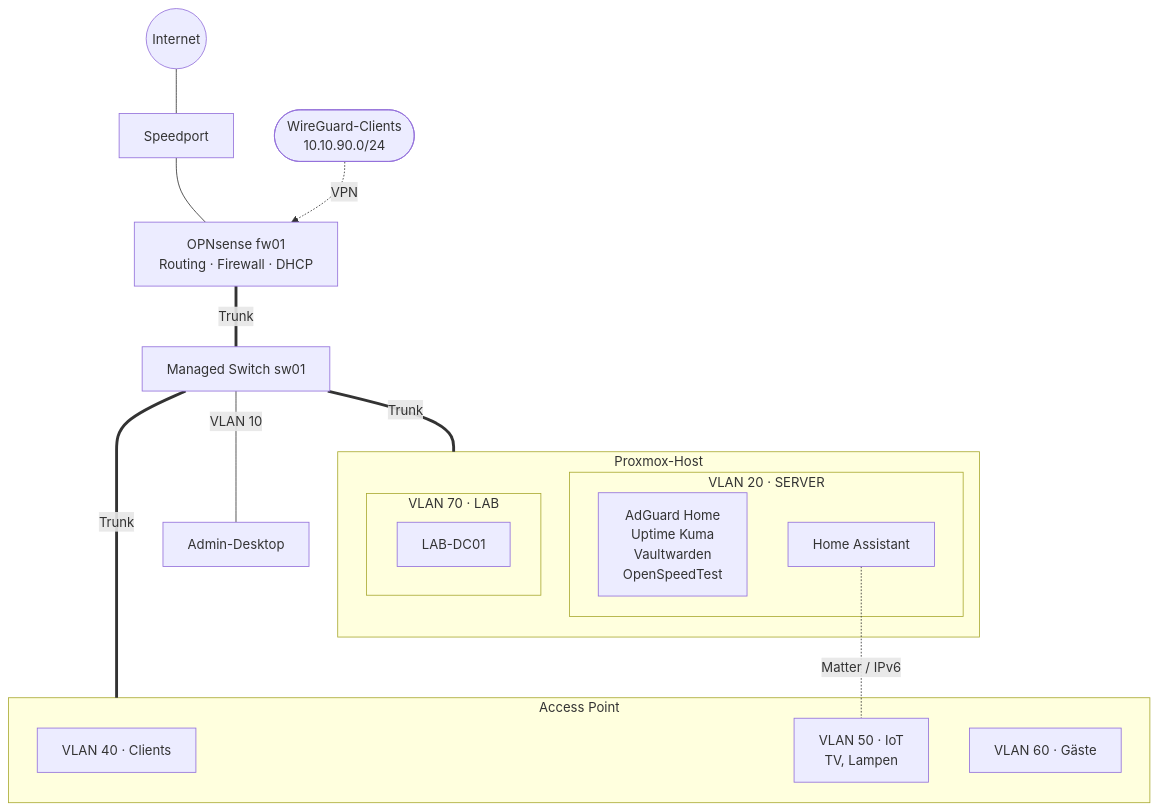
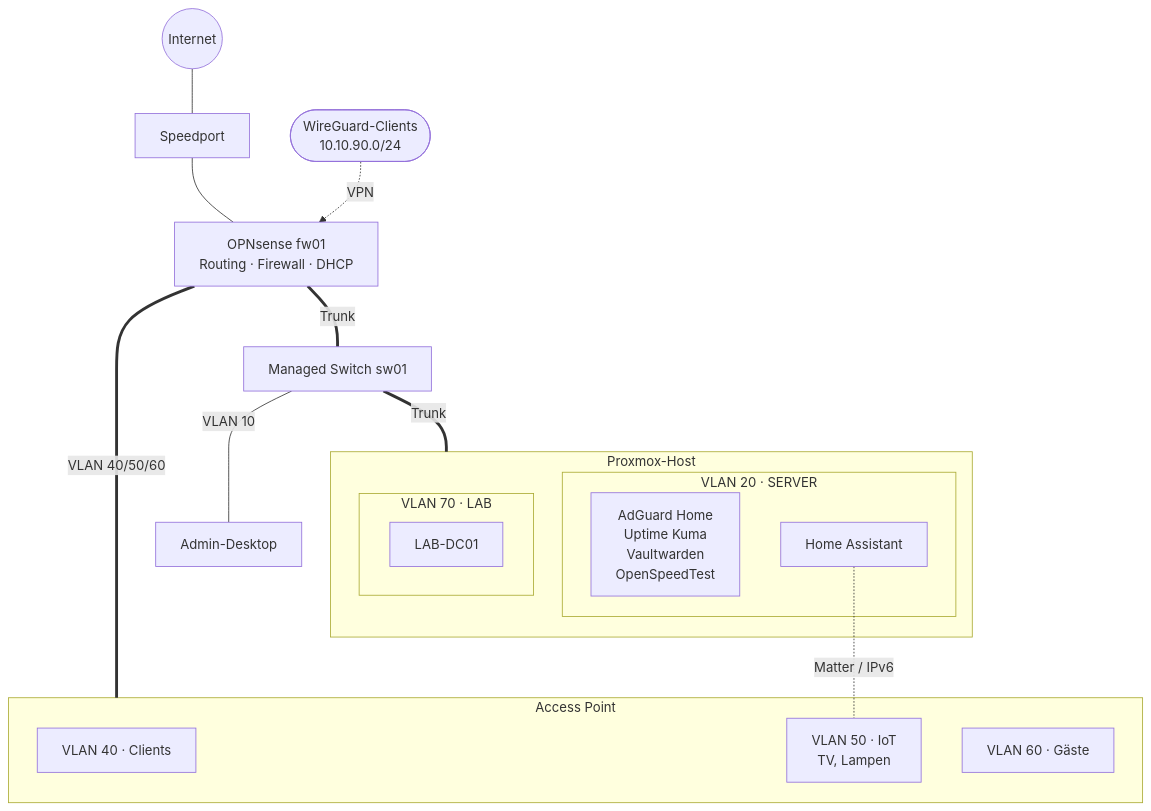
Before and after one commit to McTomate/homelab: the diagram in docs/index.md, drawn with Mermaid. The commit also changed 2 other files, not shown here.

Commit message:
Access Point direkt an OPNsense, Firewall mit 4 Ports

````diff
--- a/docs/index.md
+++ b/docs/index.md
@@ -17,28 +17,28 @@
 ```mermaid
 flowchart TB
     internet((Internet)) --- speedport[Speedport]
     speedport --- fw[OPNsense fw01<br>Routing · Firewall · DHCP]
     vpn([WireGuard-Clients<br>10.10.90.0/24]) -. VPN .-> fw
     fw ===|Trunk| sw[Managed Switch sw01]
     sw ---|VLAN 10| desk[Admin-Desktop]
+    fw ===|VLAN 40/50/60| ap
     sw ===|Trunk| pve
-    sw ===|Trunk| ap
 
     subgraph pve[Proxmox-Host]
         subgraph v20[VLAN 20 · SERVER]
             svc[AdGuard Home<br>Uptime Kuma<br>Vaultwarden<br>OpenSpeedTest]
             ha[Home Assistant]
         end
         subgraph v70[VLAN 70 · LAB]
             dc[LAB-DC01]
         end
     end
 
     subgraph ap[Access Point]
         w40[VLAN 40 · Clients]
         w50[VLAN 50 · IoT<br>TV, Lampen]
         w60[VLAN 60 · Gäste]
     end
 
     ha -. Matter / IPv6 .- w50
 ```
````
